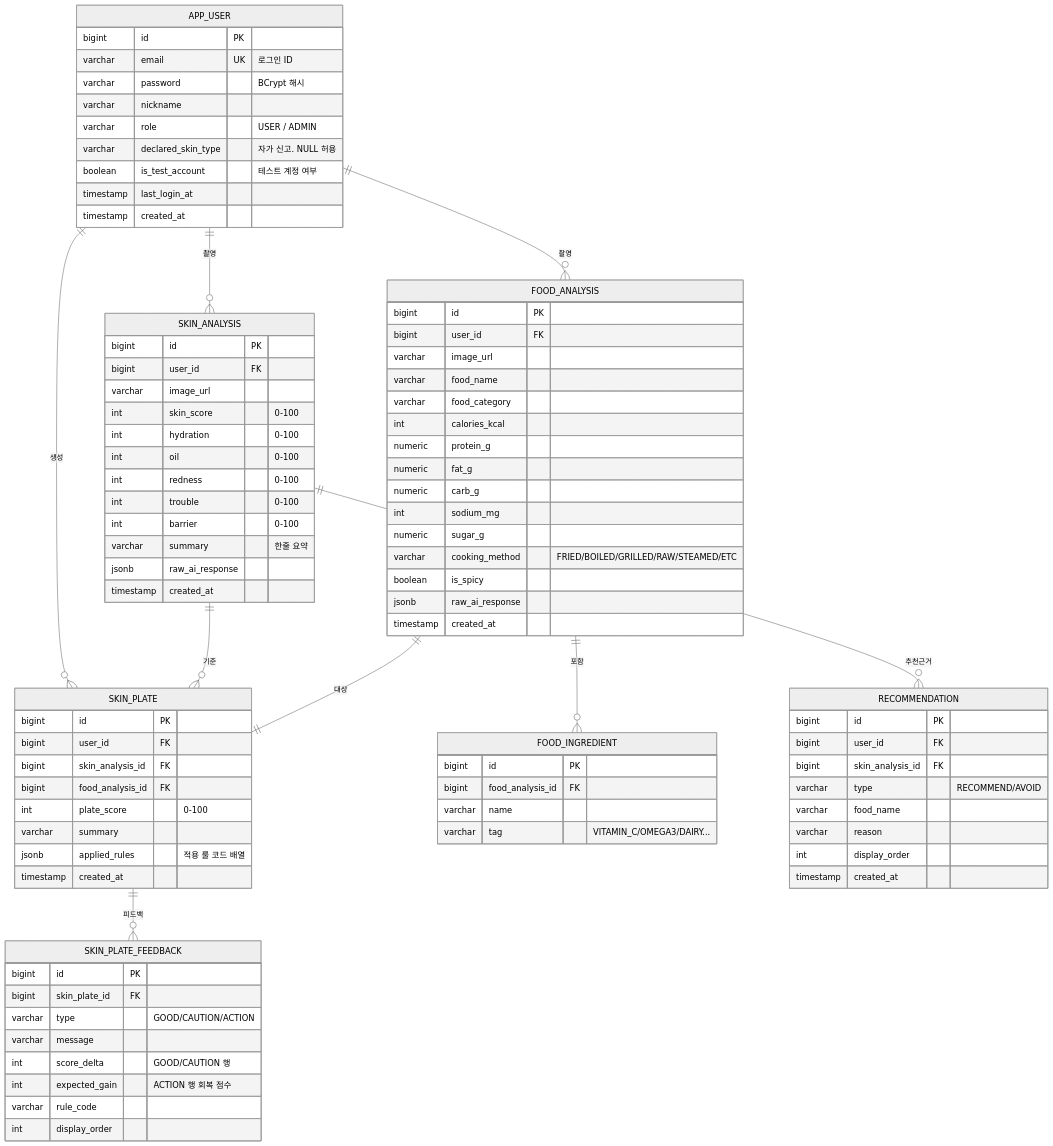
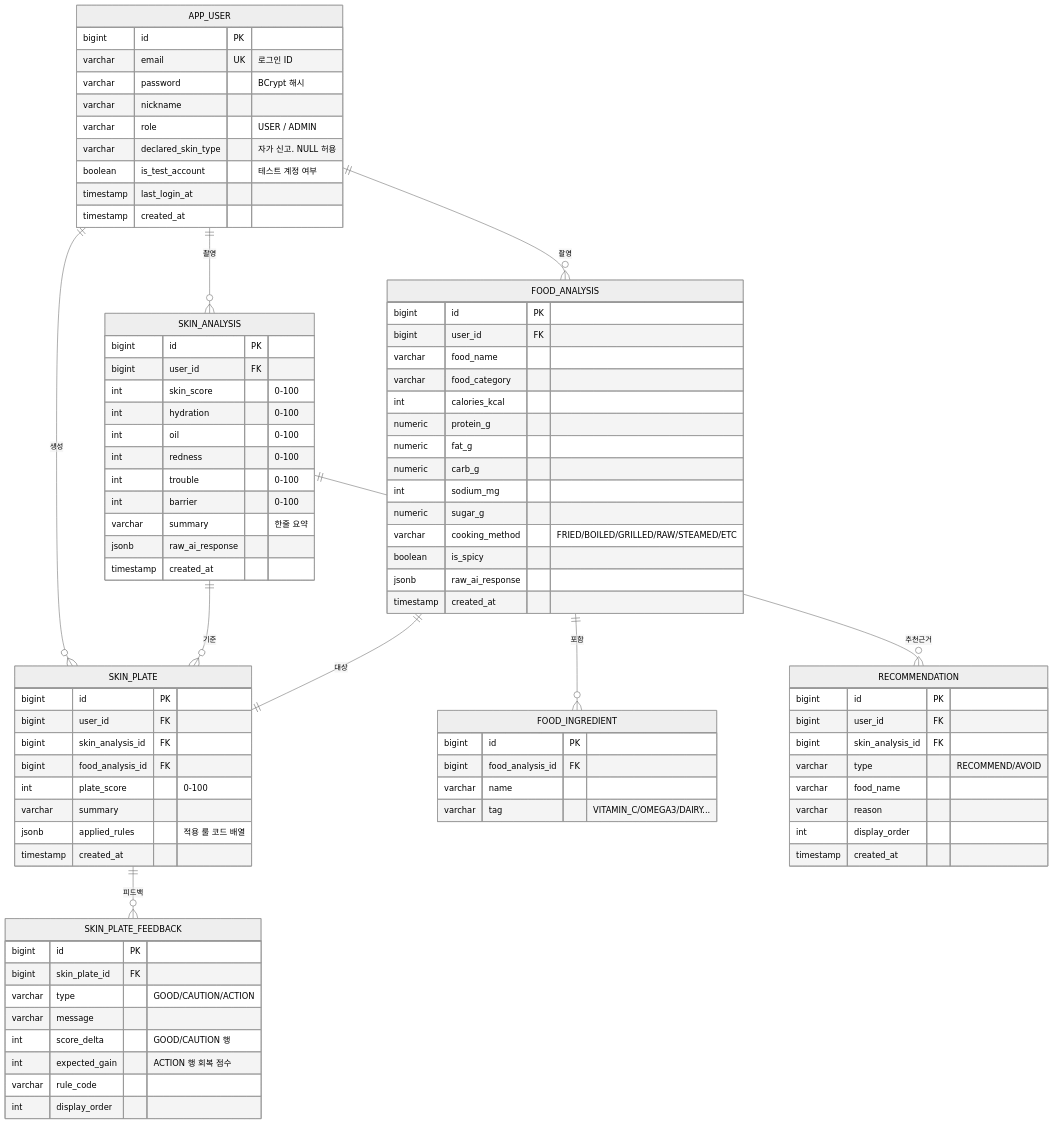
The fourth of 8 diagrams in SkinPlate_PRD.md (LikeLion-DU/Skinpick-backend), drawn with Mermaid (neutral theme) before and after one commit. The commit also changed other lines of this file and 4 other files, not shown here.

```diff
--- a/SkinPlate_PRD.md
+++ b/SkinPlate_PRD.md
@@ -1189,7 +1220,6 @@
     SKIN_ANALYSIS {
         bigint id PK
         bigint user_id FK
-        varchar image_url
         int skin_score "0-100"
         int hydration "0-100"
         int oil "0-100"
@@ -1204,7 +1234,6 @@
     FOOD_ANALYSIS {
         bigint id PK
         bigint user_id FK
-        varchar image_url
         varchar food_name
         varchar food_category
         int calories_kcal
```
